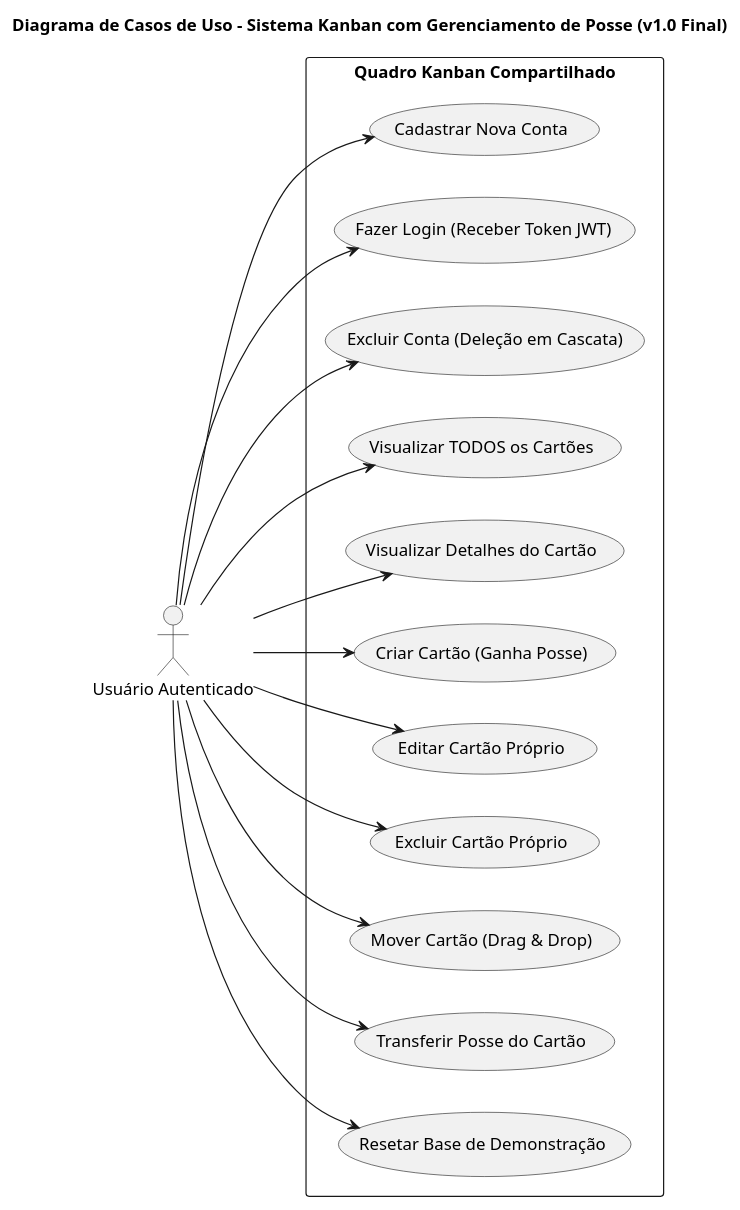
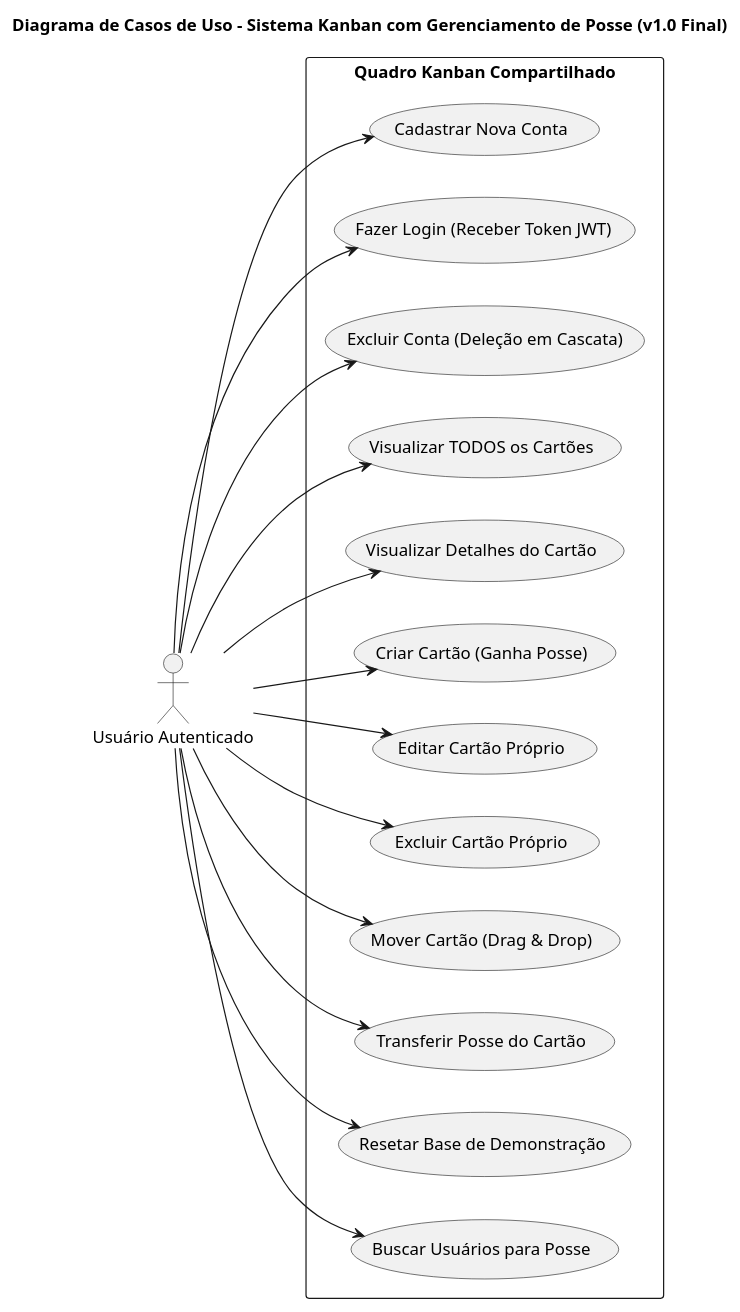
Before and after one commit to Ha1000tonG/sistema-lista: the diagram in CASO_DE_USO.puml, drawn with PlantUML. The commit also changed 4 other files, not shown here.

First line of the commit message:
feat: Alteração na lista de todos os usuários cadastrados, que seja dinamico para ser consumido pelo modal de Transferência de Posse.

```diff
--- a/CASO_DE_USO.puml
+++ b/CASO_DE_USO.puml
@@ -1,57 +1,60 @@
 @startuml CASO_DE_USO
 
 ' ------------------------------------------------------------------
 ' TÍTULO E ORIENTAÇÃO
 ' ------------------------------------------------------------------
 title Diagrama de Casos de Uso - Sistema Kanban com Gerenciamento de Posse (v1.0 Final)
 
 ' Define a direção do diagrama
 left to right direction
 
 ' ------------------------------------------------------------------
 ' ATOR
 ' ------------------------------------------------------------------
 ' O único ator é o usuário que está logado no sistema (autenticado)
 actor "Usuário Autenticado" as AuthUser
 
 ' ------------------------------------------------------------------
 ' SISTEMA (LIMITE)
 ' ------------------------------------------------------------------
 rectangle "Quadro Kanban Compartilhado" {
 
   ' Casos de Uso de Acesso
   usecase "Cadastrar Nova Conta" as UC_SIGNUP
   usecase "Fazer Login (Receber Token JWT)" as UC_LOGIN
   usecase "Excluir Conta (Deleção em Cascata)" as UC_DEL_USER
 
   ' Casos de Uso de Visualização e Colaboração
   usecase "Visualizar TODOS os Cartões" as UC_LIST_ALL
   usecase "Visualizar Detalhes do Cartão" as UC_VIEW_DETAIL
 
   ' Casos de Uso de Gerenciamento de Posse (Ações CRUD)
   usecase "Criar Cartão (Ganha Posse)" as UC_CREATE
   usecase "Editar Cartão Próprio" as UC_EDIT
   usecase "Excluir Cartão Próprio" as UC_DELETE
   usecase "Mover Cartão (Drag & Drop)" as UC_MOVE
   usecase "Transferir Posse do Cartão" as UC_TRANSFER
   usecase "Resetar Base de Demonstração" as UC_RESET
+  usecase "Buscar Usuários para Posse" as UC_LIST_USERS_TRANSFER
+
 }
 
 ' ------------------------------------------------------------------
 ' RELACIONAMENTOS (O Usuário Autenticado faz todas as ações)
 ' ------------------------------------------------------------------
 AuthUser --> UC_SIGNUP
 AuthUser --> UC_LOGIN
 AuthUser --> UC_DEL_USER
 AuthUser --> UC_LIST_ALL
 AuthUser --> UC_VIEW_DETAIL
 
 ' Ligações diretas para as ações de Gerenciamento de Posse
 AuthUser --> UC_CREATE
 AuthUser --> UC_EDIT
 AuthUser --> UC_DELETE
 AuthUser --> UC_MOVE
 AuthUser --> UC_TRANSFER
 AuthUser --> UC_RESET
+AuthUser --> UC_LIST_USERS_TRANSFER
 
 @enduml
```
